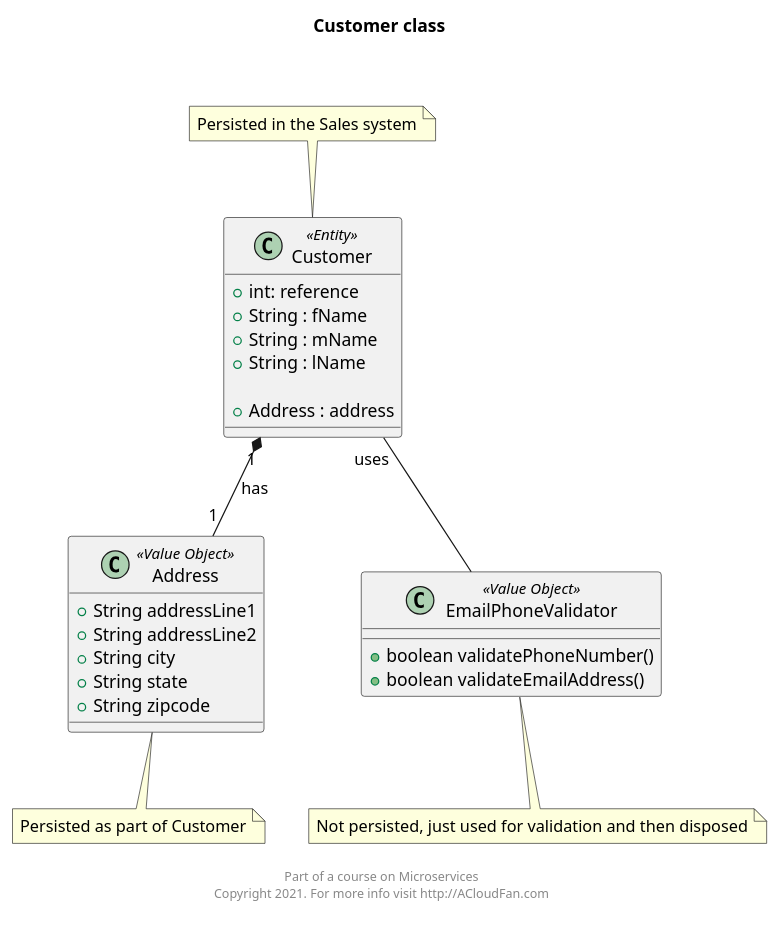
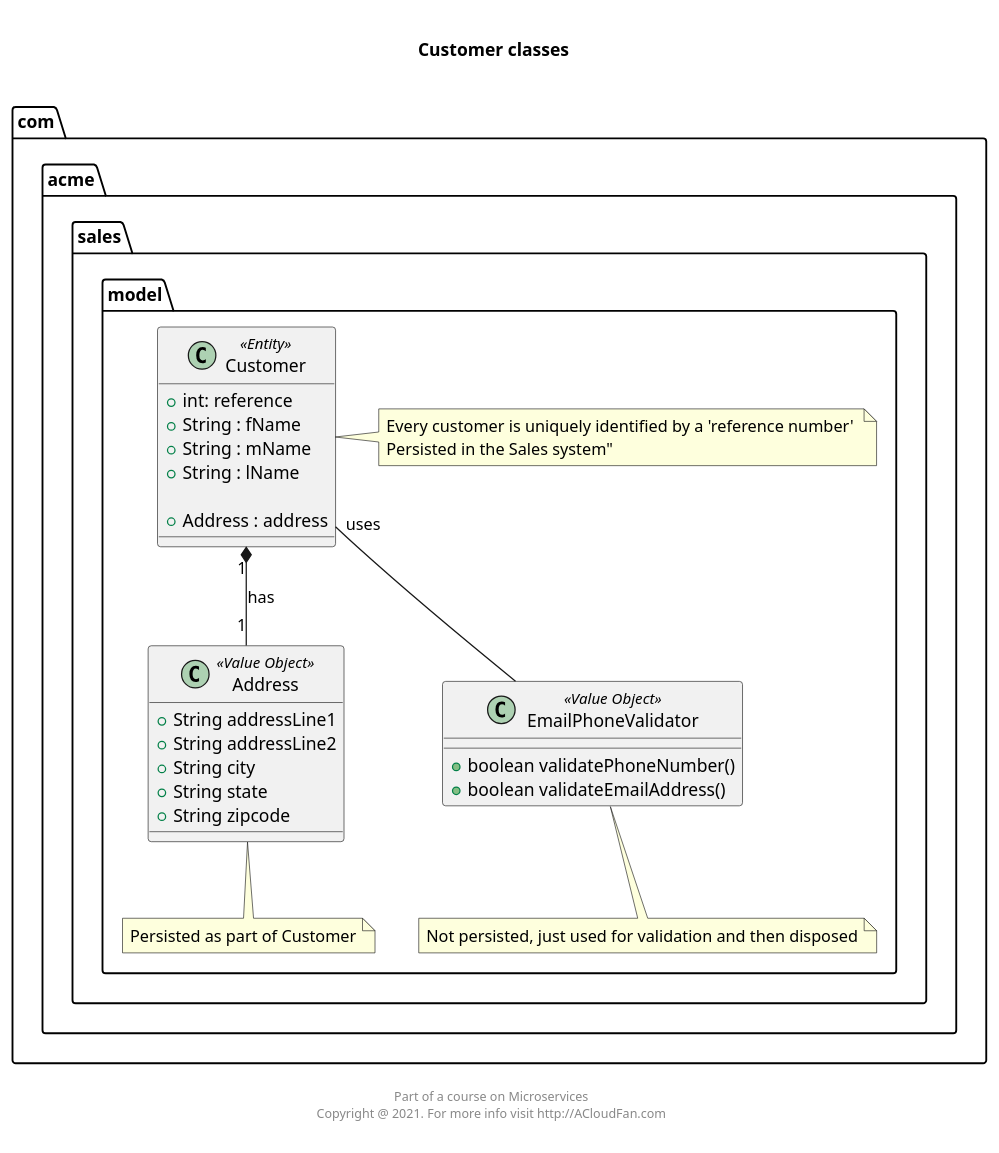
The diagram in uml/customer.class.puml (acloudfan/MSFA-ACME-Sales-vdraft), drawn with PlantUML before and after one commit. The commit also changed 22 other files, not shown here.

```diff
--- a/uml/customer.class.puml
+++ b/uml/customer.class.puml
@@ -1,36 +1,37 @@
 @startuml
 
+package com.acme.sales.model {
 
-class Customer <<Entity>> {
-    + int: reference
-    + String : fName
-    + String : mName
-    + String : lName
+    class Customer <<Entity>> {
+        + int: reference
+        + String : fName
+        + String : mName
+        + String : lName
 
-    + Address : address
+        + Address : address
+    }
+    note  right of Customer : Every customer is uniquely identified by a 'reference number' \nPersisted in the Sales system"
+
+    class Address <<Value Object>>{
+        + String addressLine1
+        + String addressLine2
+        + String city
+        + String state
+        + String zipcode
+    }
+    note bottom of Address:Persisted as part of Customer
+
+    class EmailPhoneValidator <<Value Object>>{
+        + boolean validatePhoneNumber()
+        + boolean validateEmailAddress()
+    }
+    note bottom of EmailPhoneValidator: Not persisted, just used for validation and then disposed
 }
-note "Persisted in the Sales system" as N1
-N1 .. Customer
-
-class Address <<Value Object>>{
-    + String addressLine1
-    + String addressLine2
-    + String city
-    + String state
-    + String zipcode
-}
-note bottom of Address:Persisted as part of Customer
-
-class EmailPhoneValidator <<Value Object>>{
-    + boolean validatePhoneNumber()
-    + boolean validateEmailAddress()
-}
-note bottom of EmailPhoneValidator: Not persisted, just used for validation and then disposed
-
 
 Customer "1" *-- "1" Address  : has
 Customer "uses" -- EmailPhoneValidator
 
-title  Customer class \n \n
-footer \n Part of a course on Microservices \n Copyright 2021. For more info visit http://ACloudFan.com \n
+
+title \n  Customer classes \n
+footer \n Part of a course on Microservices \n Copyright @ 2021. For more info visit http://ACloudFan.com \n
 @enduml
```
